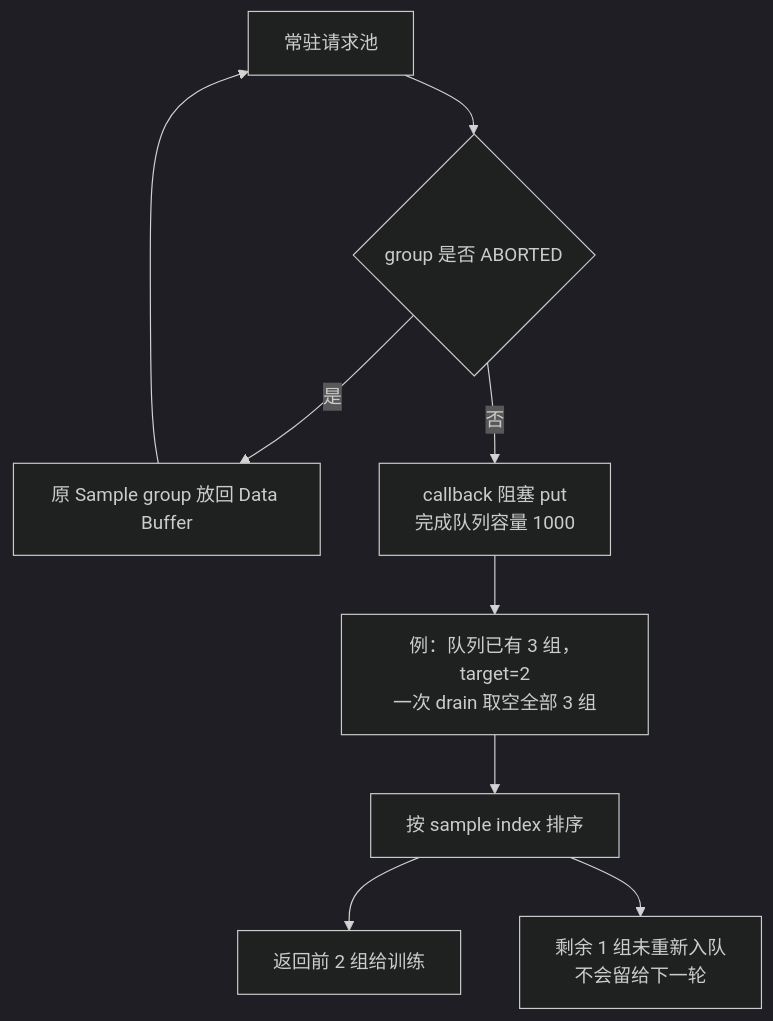
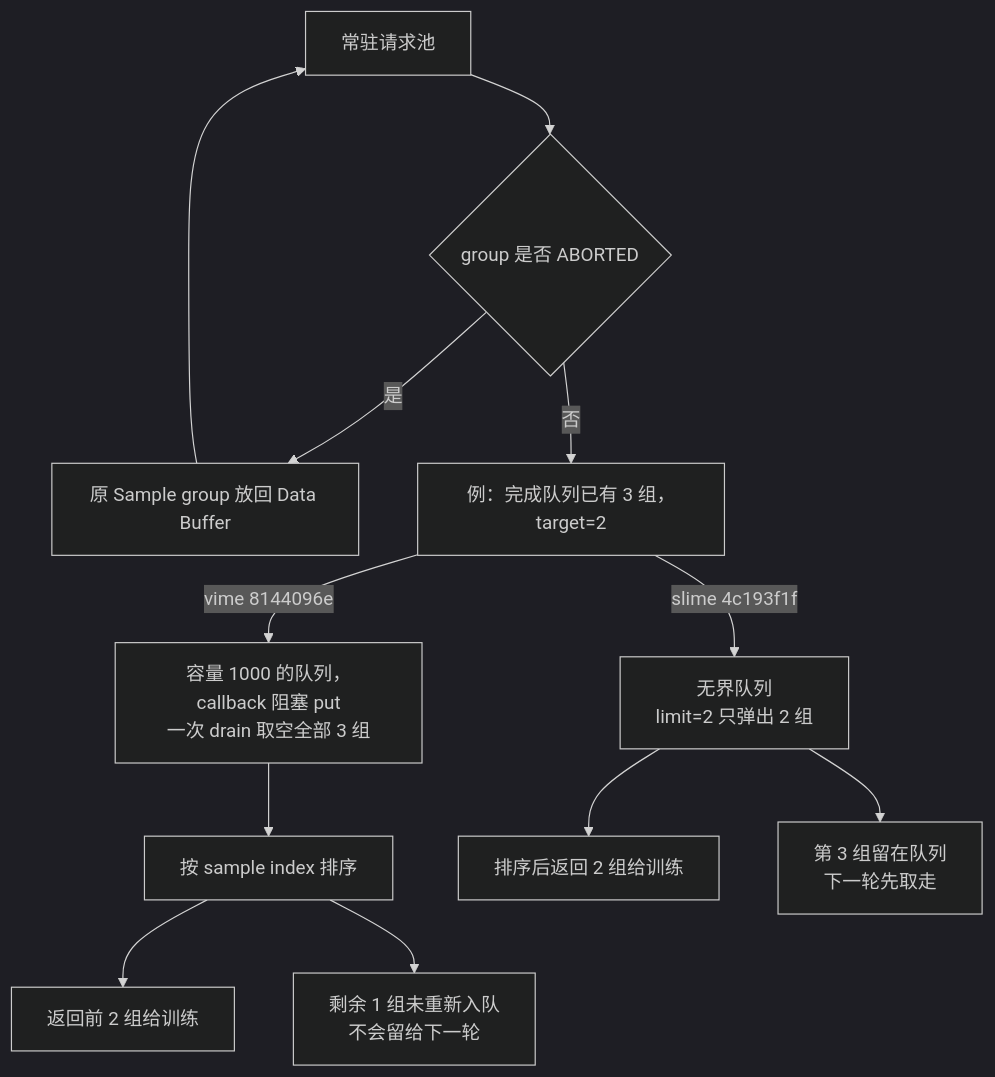
Before and after one commit to suhaibo666/llm-knowledge: the second of 2 diagrams in wiki/02_engineering/04_posttrain_frameworks/slime/25_vime_vllm_backend_support_analysis.md, drawn with Mermaid (dark theme). The commit also changed other lines of this file and 223 other files, not shown here.

````diff
--- a/wiki/02_engineering/04_posttrain_frameworks/slime/25_vime_vllm_backend_support_analysis.md
+++ b/wiki/02_engineering/04_posttrain_frameworks/slime/25_vime_vllm_backend_support_analysis.md
@@ -198,11 +219,14 @@
 ```mermaid
 flowchart TB
     F0["常驻请求池"] --> CHECK{"group 是否 ABORTED"}
     CHECK -->|是| RET["原 Sample group 放回 Data Buffer"]
     RET --> F0
-    CHECK -->|否| F1["callback 阻塞 put<br/>完成队列容量 1000"]
-    F1 --> F2["例：队列已有 3 组，target=2<br/>一次 drain 取空全部 3 组"]
-    F2 --> SORT["按 sample index 排序"]
-    SORT --> F3["返回前 2 组给训练"]
-    SORT --> LOST["剩余 1 组未重新入队<br/>不会留给下一轮"]
+    CHECK -->|否| Q["例：完成队列已有 3 组，target=2"]
+    Q -->|vime 8144096e| V1["容量 1000 的队列，callback 阻塞 put<br/>一次 drain 取空全部 3 组"]
+    V1 --> VS["按 sample index 排序"]
+    VS --> V3["返回前 2 组给训练"]
+    VS --> LOST["剩余 1 组未重新入队<br/>不会留给下一轮"]
+    Q -->|slime 4c193f1f| S1["无界队列<br/>limit=2 只弹出 2 组"]
+    S1 --> S3["排序后返回 2 组给训练"]
+    S1 --> KEEP["第 3 组留在队列<br/>下一轮先取走"]
 ```
````
